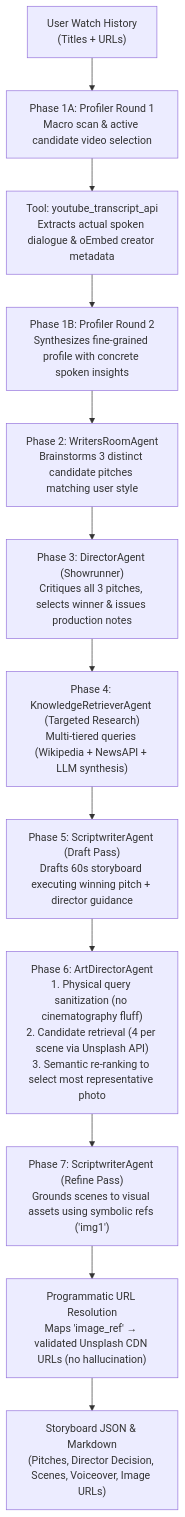
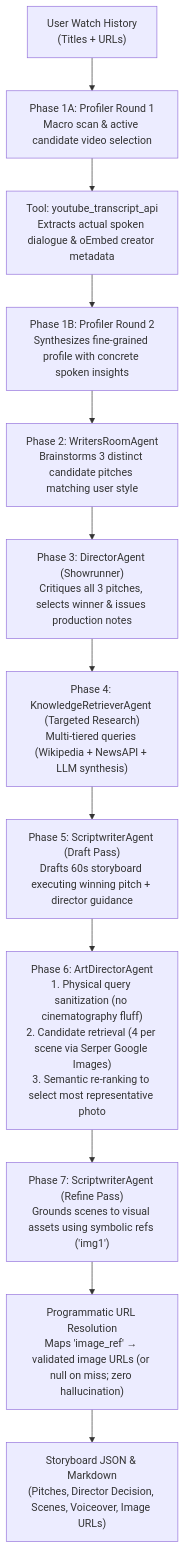
Before and after one commit to CharlesDupouy/nlp-multiagent-storyboarding: the diagram in README.md, drawn with Mermaid. The commit also changed other lines of this file and 12 other files, not shown here.

Commit message:
Switch image search to Serper.dev with zero-fallback scene omission

````diff
--- a/README.md
+++ b/README.md
@@ -40,14 +40,14 @@
 ```mermaid
 flowchart TD
     I["User Watch History\n(Titles + URLs)"] --> P1["Phase 1A: Profiler Round 1\nMacro scan & active candidate video selection"]
     P1 --> T1["Tool: youtube_transcript_api\nExtracts actual spoken dialogue & oEmbed creator metadata"]
     T1 --> P2["Phase 1B: Profiler Round 2\nSynthesizes fine-grained profile with concrete spoken insights"]
     P2 --> WR["Phase 2: WritersRoomAgent\nBrainstorms 3 distinct candidate pitches matching user style"]
     WR --> DIR["Phase 3: DirectorAgent (Showrunner)\nCritiques all 3 pitches, selects winner & issues production notes"]
     DIR --> K["Phase 4: KnowledgeRetrieverAgent (Targeted Research)\nMulti-tiered queries (Wikipedia + NewsAPI + LLM synthesis)"]
     K --> S1["Phase 5: ScriptwriterAgent (Draft Pass)\nDrafts 60s storyboard executing winning pitch + director guidance"]
-    S1 --> ART["Phase 6: ArtDirectorAgent\n1. Physical query sanitization (no cinematography fluff)\n2. Candidate retrieval (4 per scene via Unsplash API)\n3. Semantic re-ranking to select most representative photo"]
+    S1 --> ART["Phase 6: ArtDirectorAgent\n1. Physical query sanitization (no cinematography fluff)\n2. Candidate retrieval (4 per scene via Serper Google Images)\n3. Semantic re-ranking to select most representative photo"]
     ART --> S2["Phase 7: ScriptwriterAgent (Refine Pass)\nGrounds scenes to visual assets using symbolic refs ('img1')"]
-    S2 --> RES["Programmatic URL Resolution\nMaps 'image_ref' → validated Unsplash CDN URLs (no hallucination)"]
+    S2 --> RES["Programmatic URL Resolution\nMaps 'image_ref' → validated image URLs (or null on miss; zero hallucination)"]
     RES --> O["Storyboard JSON & Markdown\n(Pitches, Director Decision, Scenes, Voiceover, Image URLs)"]
 ```
````
